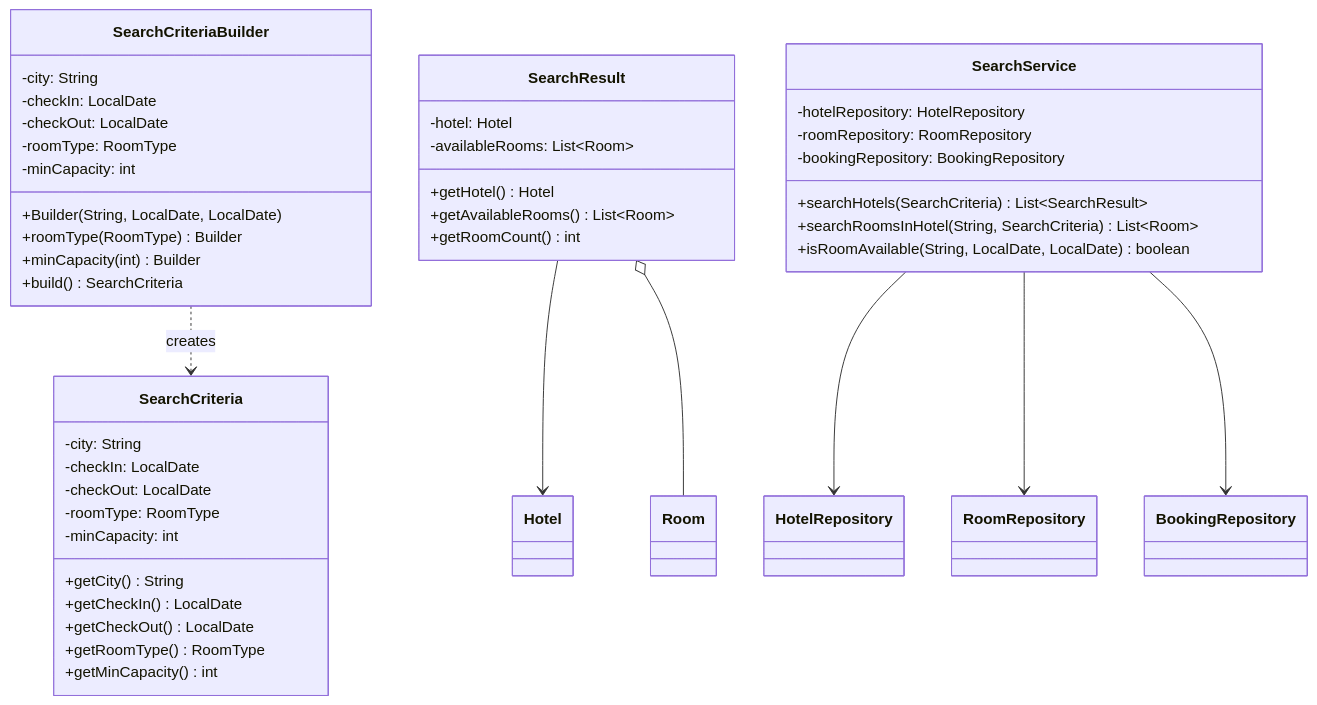
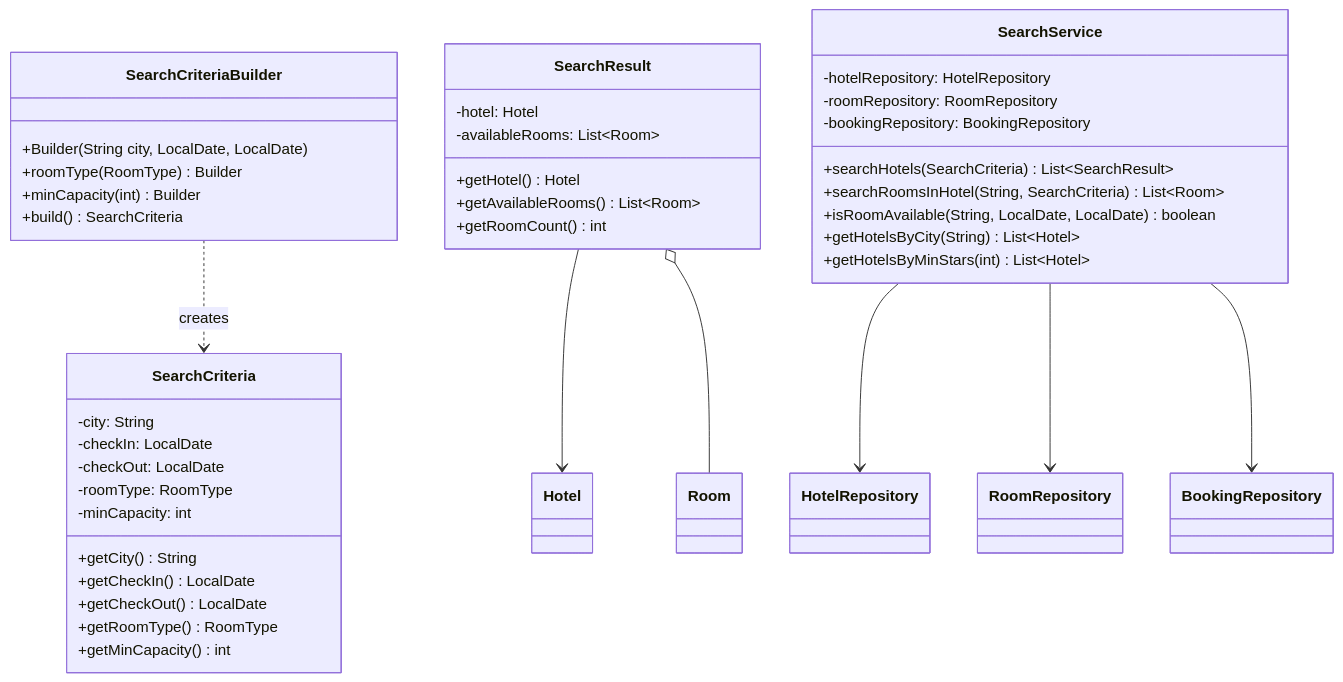
One commit to Arnavjain1703/LLD changed the third of 8 diagrams in HotelManagement/HMS_Class_Diagrams.md. Above: the diagram before and after it, drawn with Mermaid. The commit also changed other lines of this file, not shown here.

````diff
--- a/HotelManagement/HMS_Class_Diagrams.md
+++ b/HotelManagement/HMS_Class_Diagrams.md
@@ -147,51 +160,52 @@
 ```mermaid
 classDiagram
     class SearchCriteria {
         -city: String
         -checkIn: LocalDate
         -checkOut: LocalDate
         -roomType: RoomType
         -minCapacity: int
         +getCity() String
         +getCheckIn() LocalDate
         +getCheckOut() LocalDate
         +getRoomType() RoomType
         +getMinCapacity() int
     }
 
     class SearchCriteriaBuilder {
-        -city: String
-        -checkIn: LocalDate
-        -checkOut: LocalDate
-        -roomType: RoomType
-        -minCapacity: int
-        +Builder(String, LocalDate, LocalDate)
+        +Builder(String city, LocalDate, LocalDate)
         +roomType(RoomType) Builder
         +minCapacity(int) Builder
         +build() SearchCriteria
     }
 
     class SearchResult {
         -hotel: Hotel
         -availableRooms: List~Room~
         +getHotel() Hotel
         +getAvailableRooms() List~Room~
         +getRoomCount() int
     }
 
     class SearchService {
         -hotelRepository: HotelRepository
         -roomRepository: RoomRepository
         -bookingRepository: BookingRepository
         +searchHotels(SearchCriteria) List~SearchResult~
         +searchRoomsInHotel(String, SearchCriteria) List~Room~
         +isRoomAvailable(String, LocalDate, LocalDate) boolean
+        +getHotelsByCity(String) List~Hotel~
+        +getHotelsByMinStars(int) List~Hotel~
     }
+
+    %% searchHotels    = city + dates + type + capacity (full availability check)
+    %% getHotelsByCity = simple city filter, no date check (browse mode)
+    %% isRoomAvailable = used internally by BookingService before confirming
 
     SearchCriteriaBuilder ..> SearchCriteria : creates
     SearchResult --> Hotel
     SearchResult o-- Room
     SearchService --> HotelRepository
     SearchService --> RoomRepository
     SearchService --> BookingRepository
 ```
````
